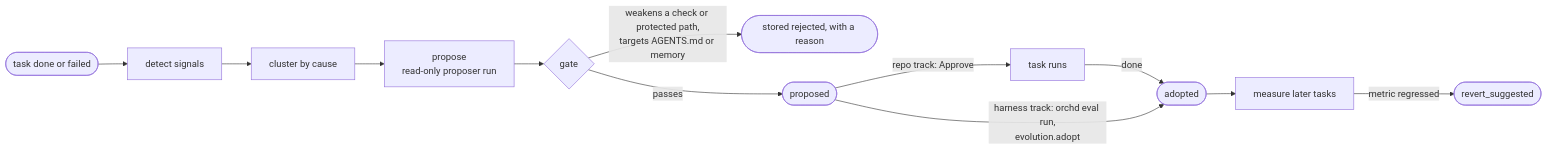
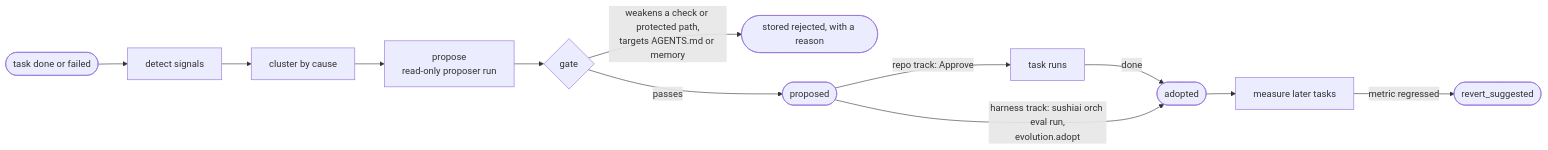
One commit to sushi-killer/sushiAI changed the third of 6 diagrams in docs/architecture.md. Above: the diagram before and after it, drawn with Mermaid. The commit also changed other lines of this file and 691 other files, not shown here.

````diff
--- a/docs/architecture.md
+++ b/docs/architecture.md
@@ -233,12 +249,12 @@
 ```mermaid
 flowchart LR
   ended([task done or failed]) --> detect[detect signals]
   detect --> cluster[cluster by cause]
   cluster --> propose["propose<br/>read-only proposer run"]
   propose --> gate{gate}
   gate -->|weakens a check or protected path,<br/>targets AGENTS.md or memory| rejected([stored rejected, with a reason])
   gate -->|passes| proposed([proposed])
   proposed -->|repo track: Approve| task[task runs] -->|done| adopted([adopted])
-  proposed -->|harness track: orchd eval run,<br/>evolution.adopt| adopted
+  proposed -->|harness track: sushiai orch eval run,<br/>evolution.adopt| adopted
   adopted --> measure[measure later tasks] -->|metric regressed| revert([revert_suggested])
 ```
````
